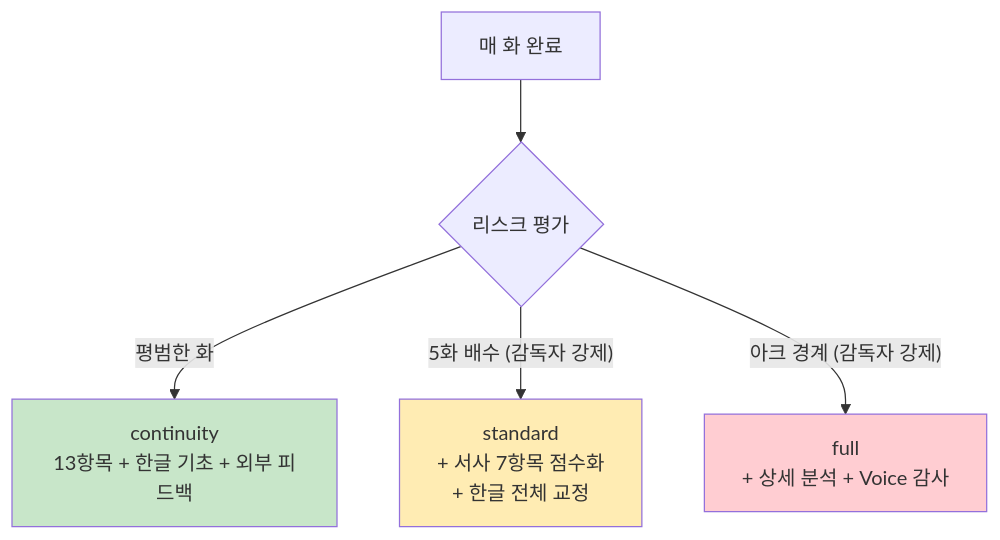
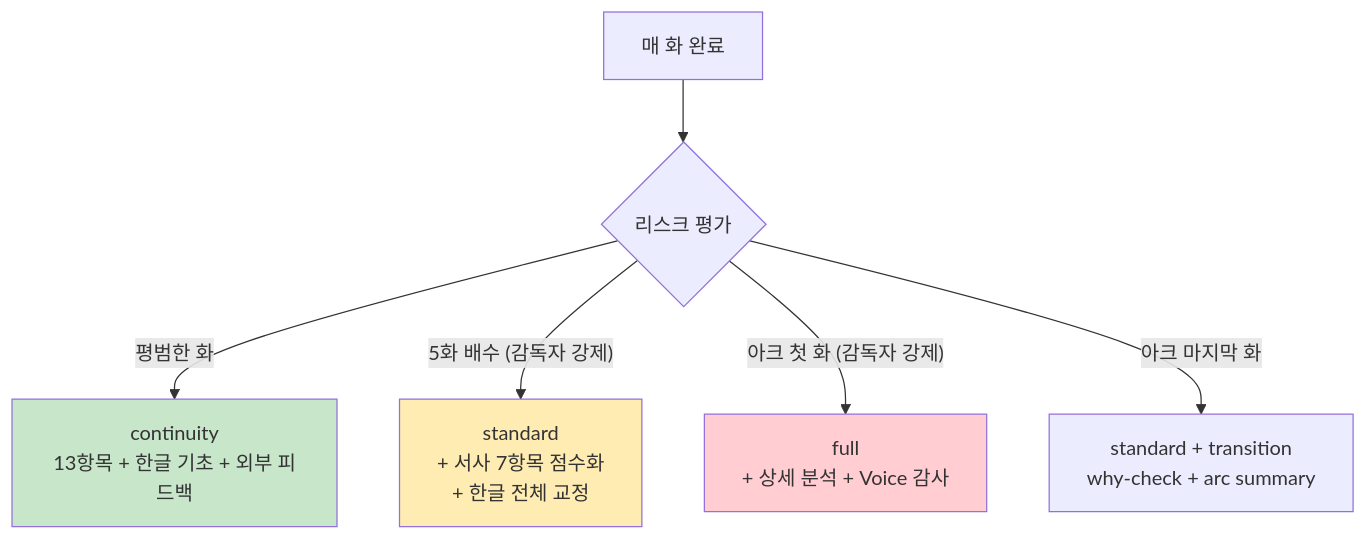
One commit to NA-DEGEN-GIRL/claude-novel-templates-lean changed the third of 3 diagrams in README.md. Above: the diagram before and after it, drawn with Mermaid. The commit also changed other lines of this file, not shown here.

````diff
--- a/README.md
+++ b/README.md
@@ -846,11 +847,12 @@
 ```mermaid
 graph TD
     START["매 화 완료"] --> CHECK{"리스크 평가"}
     CHECK -->|"평범한 화"| CONT["continuity<br/>13항목 + 한글 기초 + 외부 피드백"]
     CHECK -->|"5화 배수 (감독자 강제)"| STD["standard<br/>+ 서사 7항목 점수화<br/>+ 한글 전체 교정"]
-    CHECK -->|"아크 경계 (감독자 강제)"| FULL["full<br/>+ 상세 분석 + Voice 감사"]
+    CHECK -->|"아크 첫 화 (감독자 강제)"| FULL["full<br/>+ 상세 분석 + Voice 감사"]
+    CHECK -->|"아크 마지막 화"| TRANS["standard + transition<br/>why-check + arc summary"]
 
     style CONT fill:#C8E6C9
     style STD fill:#FFECB3
     style FULL fill:#FFCDD2
 ```
````
